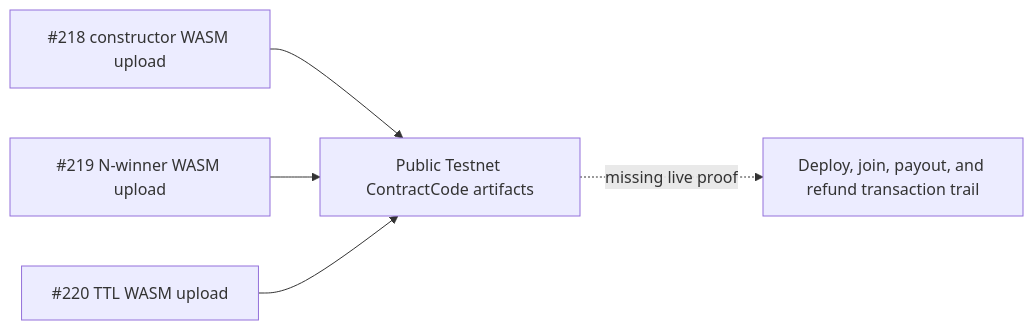
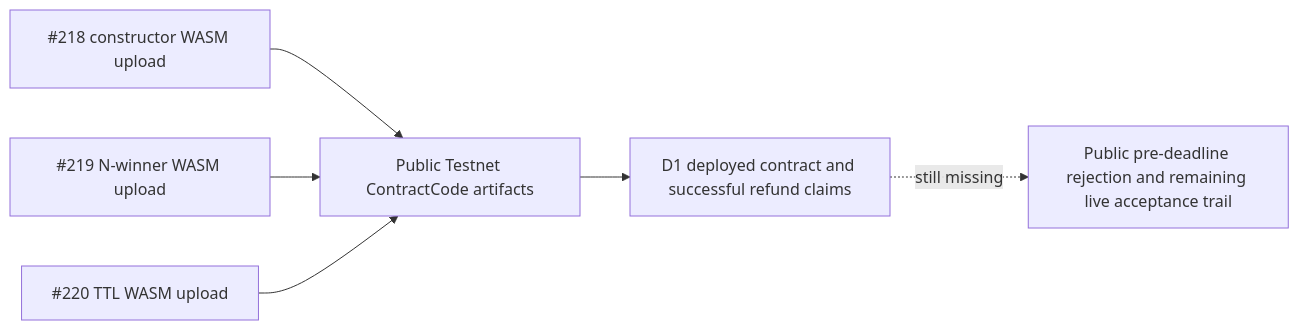
One commit to artisam-ggg/ggg changed the diagram in docs/gitbook/reference/evidence.md. Above: the diagram before and after it, drawn with Mermaid. The commit also changed other lines of this file and 6 other files, not shown here.

````diff
--- a/docs/gitbook/reference/evidence.md
+++ b/docs/gitbook/reference/evidence.md
@@ -17,7 +18,8 @@
 ```mermaid
 flowchart LR
     A[#218 constructor WASM upload] --> D[Public Testnet ContractCode artifacts]
     B[#219 N-winner WASM upload] --> D
     C[#220 TTL WASM upload] --> D
-    D -. missing live proof .-> E[Deploy, join, payout, and refund transaction trail]
+    D --> E[D1 deployed contract and successful refund claims]
+    E -. still missing .-> F[Public pre-deadline rejection and remaining live acceptance trail]
 ```
````
